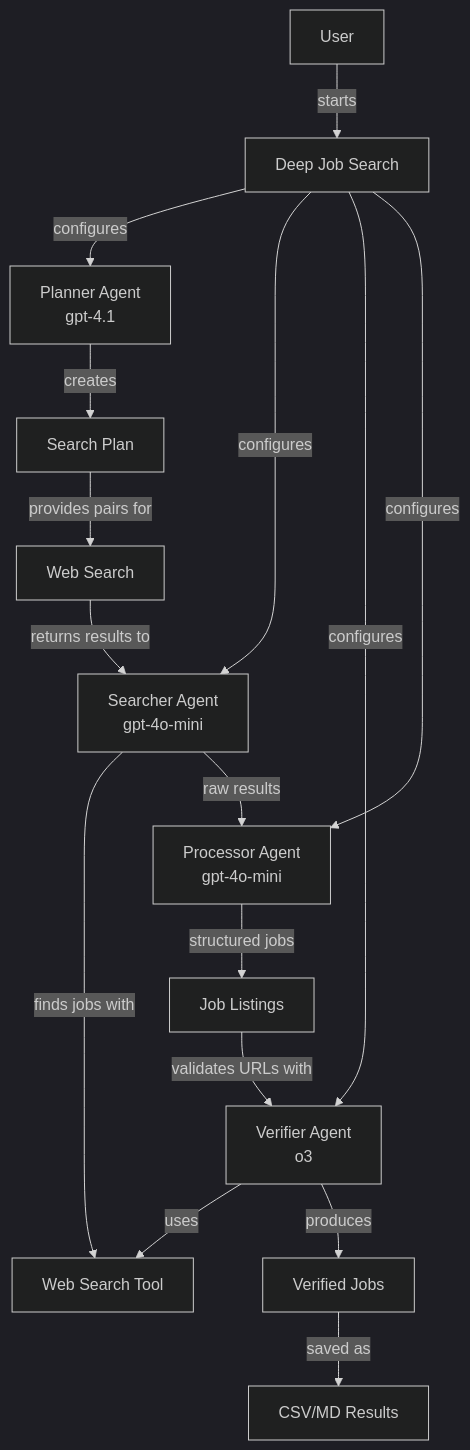
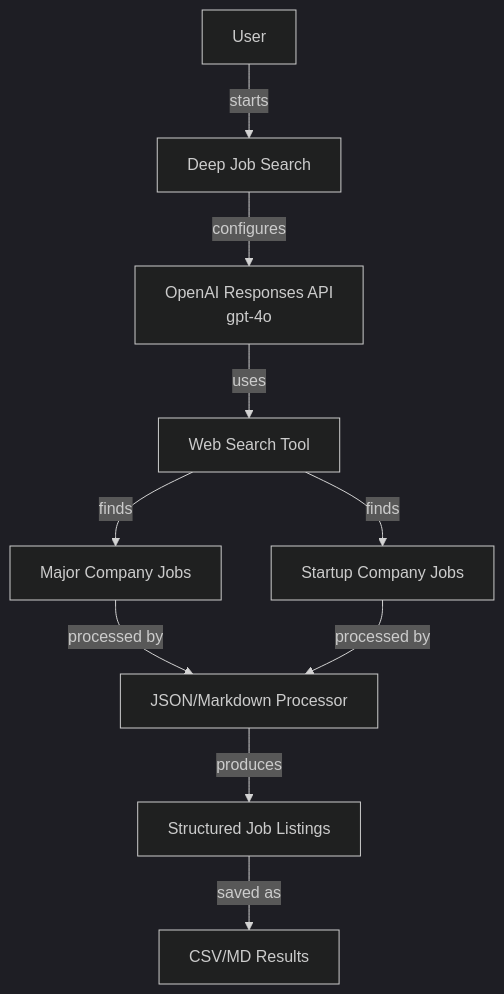
One commit to krzemienski/djs-agents changed the diagram in README.md. Above: the diagram before and after it, drawn with Mermaid (dark theme). The commit also changed other lines of this file and 18 other files, not shown here.

````diff
--- a/README.md
+++ b/README.md
@@ -32,22 +23,12 @@
 ```mermaid
 graph TD
     User[User] --> |starts| DeepJobSearch[Deep Job Search]
-    DeepJobSearch --> |configures| PlannerAgent[Planner Agent\ngpt-4.1]
-    DeepJobSearch --> |configures| SearcherAgent[Searcher Agent\ngpt-4o-mini]
-    DeepJobSearch --> |configures| VerifierAgent[Verifier Agent\no3]
-    DeepJobSearch --> |configures| ProcessorAgent[Processor Agent\ngpt-4o-mini]
-
-    PlannerAgent --> |creates| SearchPlan[Search Plan]
-    SearchPlan --> |provides pairs for| WebSearch[Web Search]
-    WebSearch --> |returns results to| SearcherAgent
-    SearcherAgent --> |finds jobs with| WebSearchTool[Web Search Tool]
-
-    SearcherAgent --> |raw results| ProcessorAgent
-    ProcessorAgent --> |structured jobs| JobListings[Job Listings]
-
-    JobListings --> |validates URLs with| VerifierAgent
-    VerifierAgent --> |uses| WebSearchTool
-    VerifierAgent --> |produces| VerifiedJobs[Verified Jobs]
-
-    VerifiedJobs --> |saved as| Results[CSV/MD Results]
+    DeepJobSearch --> |configures| ResponsesAPI[OpenAI Responses API\ngpt-4o]
+    ResponsesAPI --> |uses| WebSearchTool[Web Search Tool]
+    WebSearchTool --> |finds| MajorJobs[Major Company Jobs]
+    WebSearchTool --> |finds| StartupJobs[Startup Company Jobs]
+    MajorJobs --> |processed by| JobProcessor[JSON/Markdown Processor]
+    StartupJobs --> |processed by| JobProcessor
+    JobProcessor --> |produces| JobListings[Structured Job Listings]
+    JobListings --> |saved as| Results[CSV/MD Results]
 ```
````
